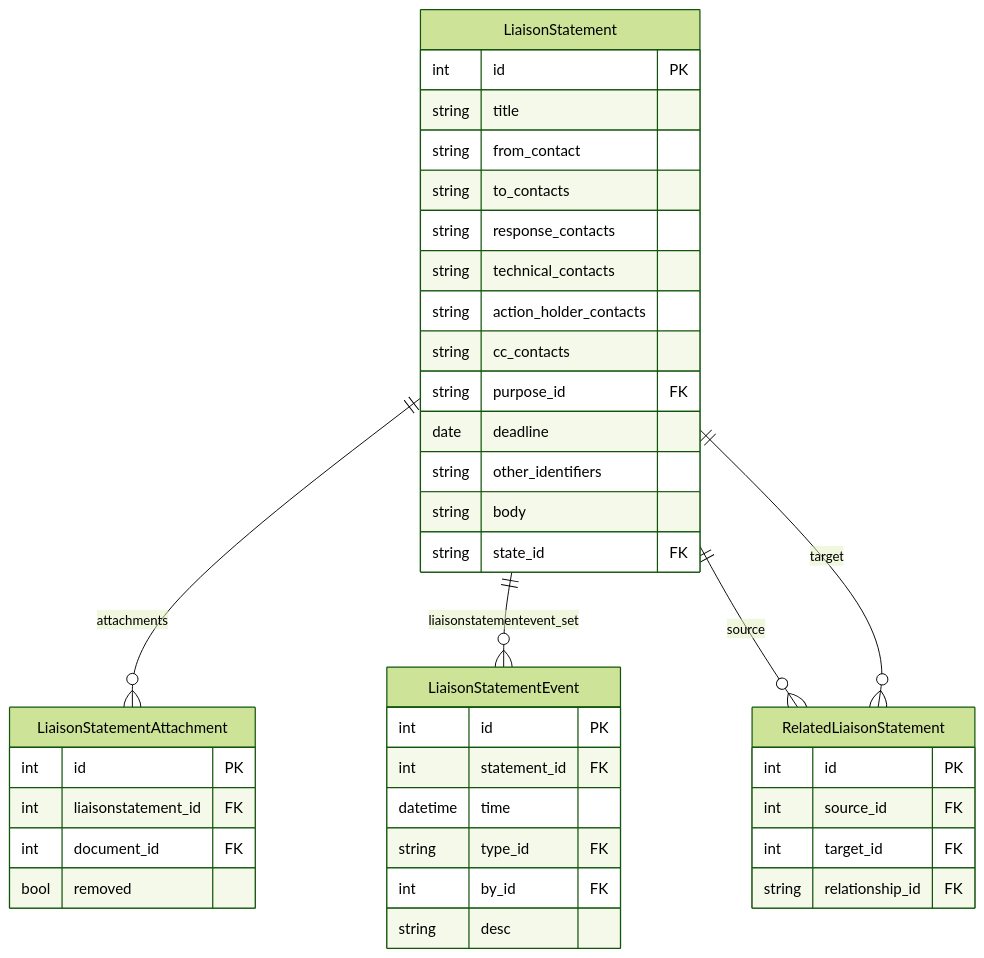
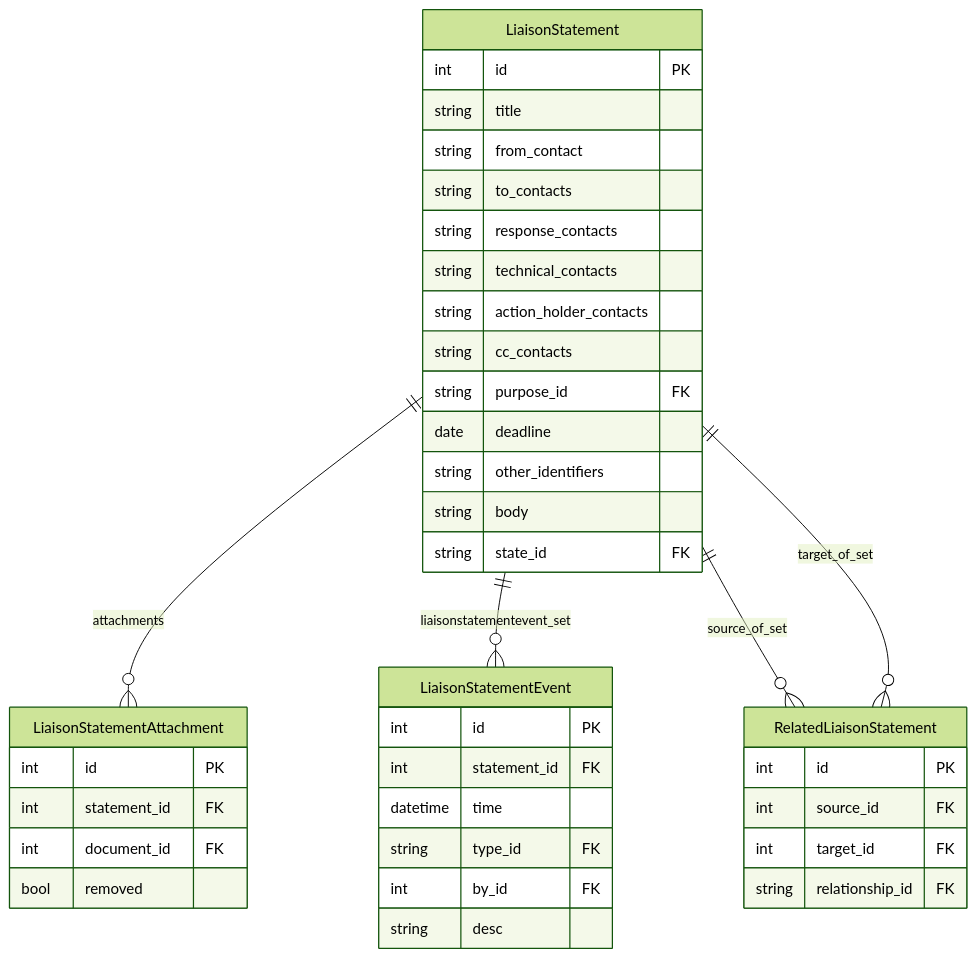
The second of 3 diagrams in dev/intro/supporting.md (aliaspartan9/datatracker), drawn with Mermaid (forest theme) before and after one commit. The commit also changed other lines of this file, not shown here.

````diff
--- a/dev/intro/supporting.md
+++ b/dev/intro/supporting.md
@@ -176,43 +312,43 @@
 ```mermaid
 erDiagram
     LiaisonStatement {
         int id PK
         string title
         string from_contact
         string to_contacts
         string response_contacts
         string technical_contacts
         string action_holder_contacts
         string cc_contacts
         string purpose_id FK
         date deadline
         string other_identifiers
         string body
         string state_id FK
     }
     LiaisonStatementAttachment {
         int id PK
-        int liaisonstatement_id FK
+        int statement_id FK
         int document_id FK
         bool removed
     }
     RelatedLiaisonStatement {
         int id PK
         int source_id FK
         int target_id FK
         string relationship_id FK
     }
     LiaisonStatementEvent {
         int id PK
         int statement_id FK
         datetime time
         string type_id FK
         int by_id FK
         string desc
     }
 
     LiaisonStatement ||--o{ LiaisonStatementAttachment : "attachments"
     LiaisonStatement ||--o{ LiaisonStatementEvent : "liaisonstatementevent_set"
-    LiaisonStatement ||--o{ RelatedLiaisonStatement : "source"
-    LiaisonStatement ||--o{ RelatedLiaisonStatement : "target"
+    LiaisonStatement ||--o{ RelatedLiaisonStatement : "source_of_set"
+    LiaisonStatement ||--o{ RelatedLiaisonStatement : "target_of_set"
 ```
````
